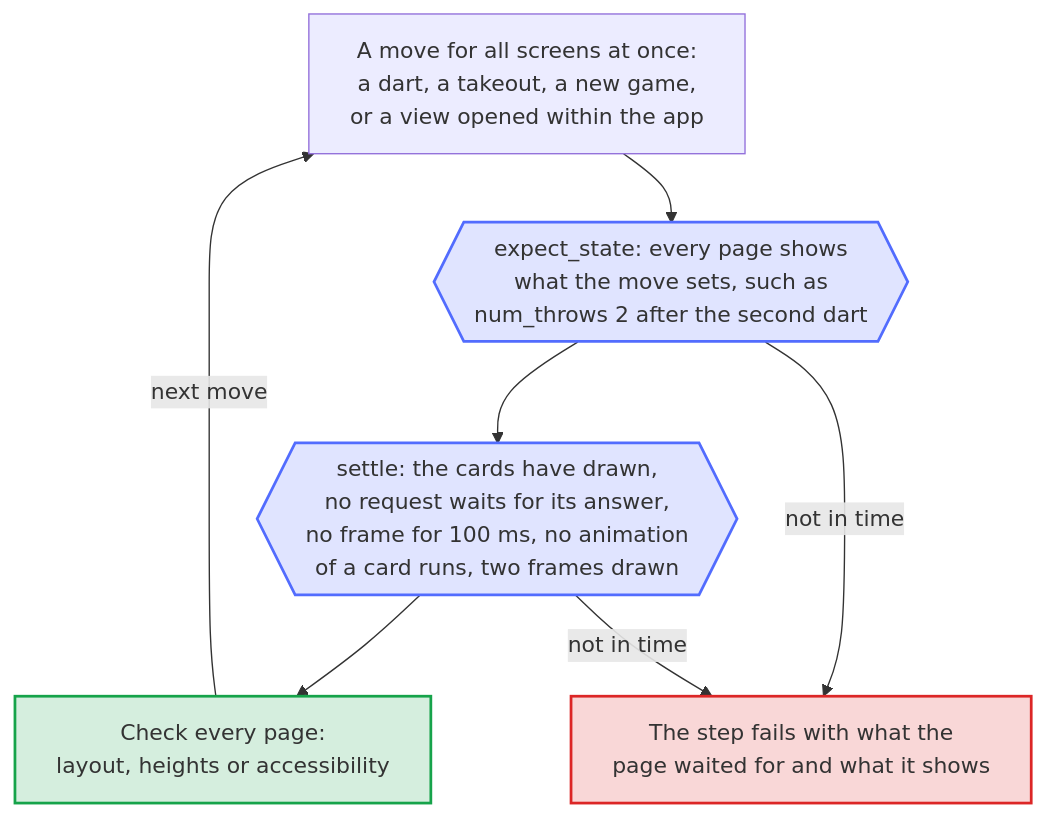
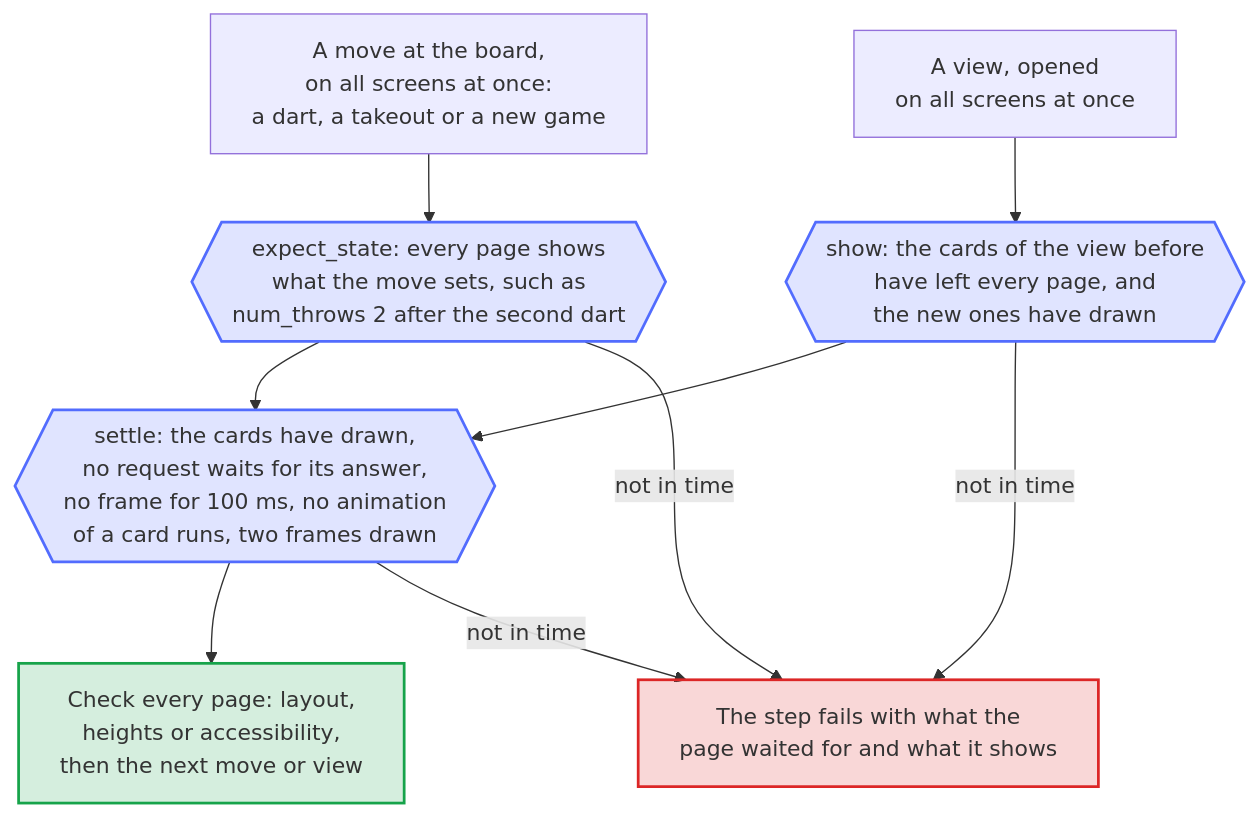
The diagram in docs/diagrams/browser-waits.en.mmd (Dennis-Otto/ha-autodarts), drawn with Mermaid before and after one commit. The commit also changed 9 other files, not shown here.

First line of the commit message:
test(e2e): open a plain view after ?edit=1 with a load, and show show() in the wait diagram (#283)

```diff
--- a/docs/diagrams/browser-waits.en.mmd
+++ b/docs/diagrams/browser-waits.en.mmd
@@ -1,22 +1,24 @@
 ---
 config:
   flowchart:
     wrappingWidth: 400
 ---
 flowchart TB
   accTitle: How the browser test waits
-  accDescr: All screens of a step are open at once. A move at the board, such as a dart, or a view opened within the app comes first. The test then waits until every page shows the state the move sets, such as two darts in the visit, and until every page has settled - its cards drawn, no request on the websocket waiting for its answer, no frame for 100 ms, no animation of a card running, and two frames drawn. Then it checks every page at once - the layout, the heights or the accessibility - and goes on with the next move. A page that does not get there fails the step with what it waited for.
+  accDescr: All screens of a step are open at once. After a move at the board, such as a dart, the test waits with expect_state until every page shows the state the move sets, such as two darts in the visit. After a view it opens, it waits with show until the cards of the view before have left every page and the new ones have drawn. Then it waits until every page has settled - its cards drawn, no request on the websocket waiting for its answer, no frame for 100 ms, no animation of a card running, and two frames drawn. It then checks every page at once - the layout, the heights or the accessibility - and goes on with the next move or view. A page that does not get there fails the step with what it waited for.
 
-  MOVE["A move for all screens at once:<br/>a dart, a takeout, a new game,<br/>or a view opened within the app"] --> STATE{{"expect_state: every page shows<br/>what the move sets, such as<br/>num_throws 2 after the second dart"}}
+  MOVE["A move at the board,<br/>on all screens at once:<br/>a dart, a takeout or a new game"] --> STATE{{"expect_state: every page shows<br/>what the move sets, such as<br/>num_throws 2 after the second dart"}}
+  VIEW["A view, opened<br/>on all screens at once"] --> SHOW{{"show: the cards of the view before<br/>have left every page, and<br/>the new ones have drawn"}}
   STATE --> SETTLE{{"settle: the cards have drawn,<br/>no request waits for its answer,<br/>no frame for 100 ms, no animation<br/>of a card runs, two frames drawn"}}
-  SETTLE --> CHECK["Check every page:<br/>layout, heights or accessibility"]
-  CHECK -- "next move" --> MOVE
+  SHOW --> SETTLE
+  SETTLE --> CHECK["Check every page: layout,<br/>heights or accessibility,<br/>then the next move or view"]
   STATE -- "not in time" --> FAIL["The step fails with what the<br/>page waited for and what it shows"]
+  SHOW -- "not in time" --> FAIL
   SETTLE -- "not in time" --> FAIL
 
   classDef bot fill:#526cfe2e,stroke:#526cfe,stroke-width:2px
   classDef done fill:#16a34a2e,stroke:#16a34a,stroke-width:2px
   classDef failed fill:#dc26262e,stroke:#dc2626,stroke-width:2px
-  class STATE,SETTLE bot
+  class STATE,SHOW,SETTLE bot
   class CHECK done
   class FAIL failed
```
